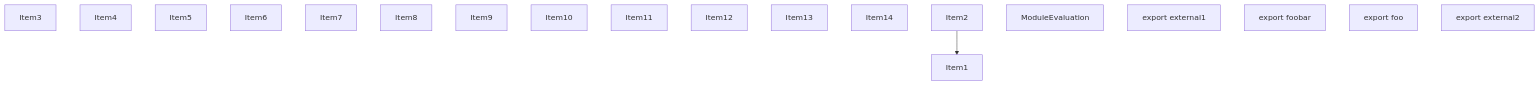
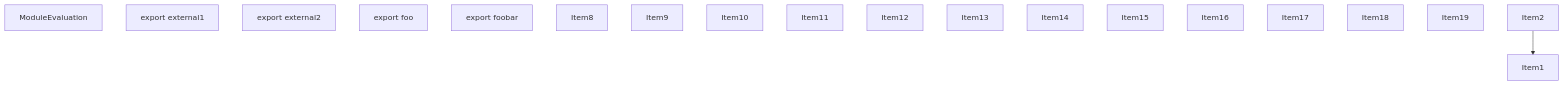
The first of 5 diagrams in crates/turbopack-ecmascript/tests/tree-shaker/analyzer/2/output.md (vercel/turborepo), drawn with Mermaid before and after one commit. The commit also changed other lines of this file and 24 other files, not shown here.

````diff
--- a/crates/turbopack-ecmascript/tests/tree-shaker/analyzer/2/output.md
+++ b/crates/turbopack-ecmascript/tests/tree-shaker/analyzer/2/output.md
@@ -160,28 +160,28 @@
 ```mermaid
 graph TD
     Item3;
+    Item3["ModuleEvaluation"];
+    Item4;
+    Item4["export external1"];
+    Item5;
+    Item5["export external2"];
+    Item6;
+    Item6["export foo"];
+    Item7;
+    Item7["export foobar"];
+    Item8;
     Item1;
-    Item4;
-    Item5;
-    Item6;
-    Item7;
-    Item8;
     Item9;
     Item10;
     Item11;
     Item12;
     Item13;
     Item14;
+    Item15;
+    Item16;
+    Item17;
+    Item18;
+    Item19;
     Item2;
-    Item15;
-    Item15["ModuleEvaluation"];
-    Item16;
-    Item16["export external1"];
-    Item17;
-    Item17["export foobar"];
-    Item18;
-    Item18["export foo"];
-    Item19;
-    Item19["export external2"];
     Item2 --> Item1;
 ```
````
